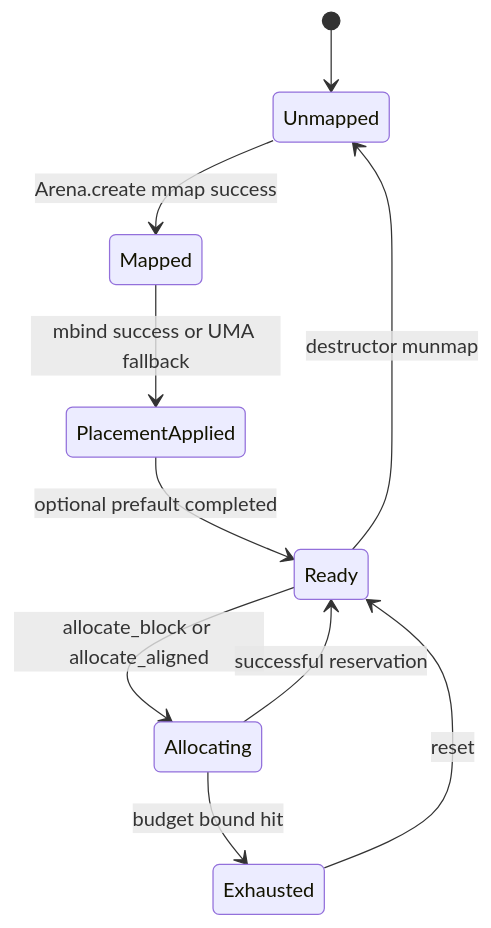
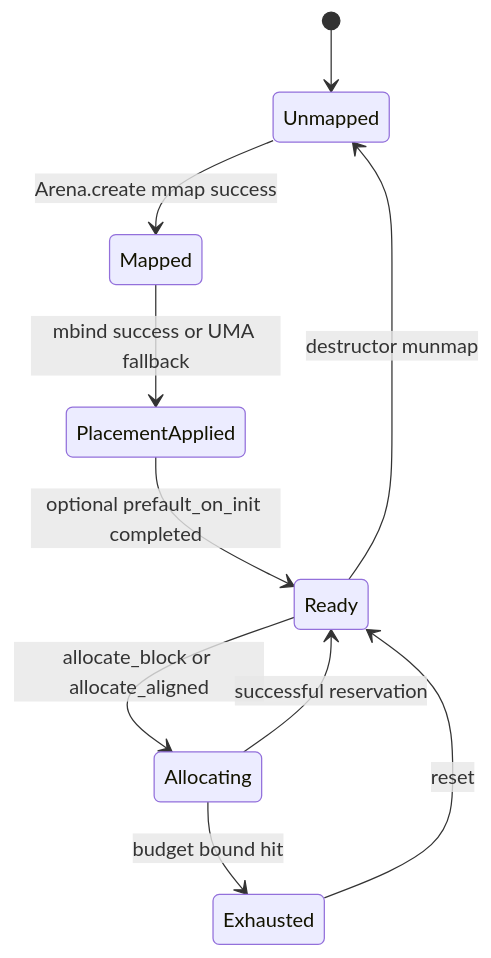
Before and after one commit to ankitkr-04/strata-db: the third of 3 diagrams in docs/architecture/03-memory-arena.md, drawn with Mermaid. The commit also changed other lines of this file and 7 other files, not shown here.

First line of the commit message:
docs: update architecture documentation for SkipListMemTable and SkipListNode

````diff
--- a/docs/architecture/03-memory-arena.md
+++ b/docs/architecture/03-memory-arena.md
@@ -103,12 +104,12 @@
   ```mermaid
   stateDiagram-v2
     [*] --> Unmapped
     Unmapped --> Mapped: Arena.create mmap success
     Mapped --> PlacementApplied: mbind success or UMA fallback
-    PlacementApplied --> Ready: optional prefault completed
+    PlacementApplied --> Ready: optional prefault_on_init completed
     Ready --> Allocating: allocate_block or allocate_aligned
     Allocating --> Ready: successful reservation
     Allocating --> Exhausted: budget bound hit
     Exhausted --> Ready: reset
     Ready --> Unmapped: destructor munmap
   ```
````
